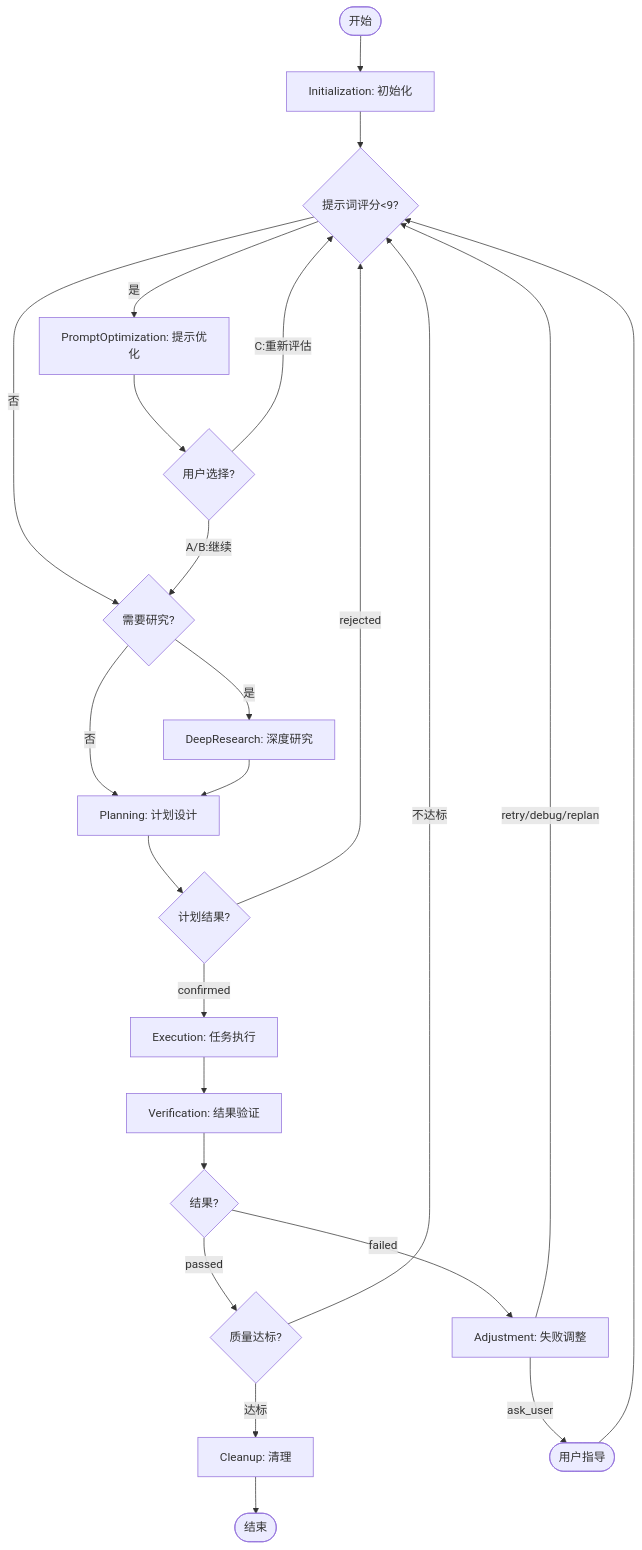
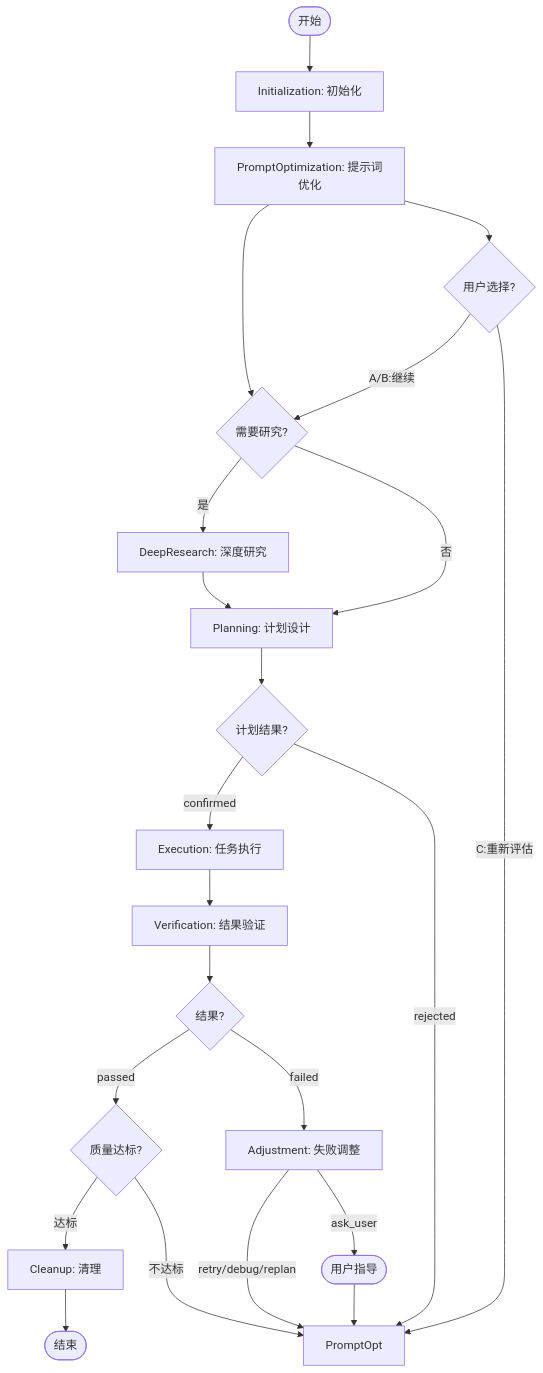
The diagram in plugins/tools/task/skills/loop/detailed-flow.md (lazygophers/ccplugin), drawn with Mermaid before and after one commit. The commit also changed other lines of this file and 25 other files, not shown here.

First line of the commit message:
refactor(task:loop): 优化 PromptOptimization 流程设计，更新架构文档

````diff
--- a/plugins/tools/task/skills/loop/detailed-flow.md
+++ b/plugins/tools/task/skills/loop/detailed-flow.md
@@ -22,25 +22,24 @@
 ```mermaid
 flowchart TD
     Start([开始]) --> Init[Initialization: 初始化]
-    Init --> PromptOpt{提示词评分<9?}
-    PromptOpt -->|是| PO[PromptOptimization: 提示优化]
-    PromptOpt -->|否| DeepRes{需要研究?}
+    Init --> PO[PromptOptimization: 提示词优化]
+    PO --> DeepRes{需要研究?}
     PO --> UserChoice{用户选择?}
     UserChoice -->|A/B:继续| DeepRes
     UserChoice -->|C:重新评估| PromptOpt
     DeepRes -->|是| DR[DeepResearch: 深度研究]
     DeepRes -->|否| Plan[Planning: 计划设计]
     DR --> Plan
     Plan --> PlanResult{计划结果?}
     PlanResult -->|confirmed| Exec[Execution: 任务执行]
     PlanResult -->|rejected| PromptOpt
     Exec --> Verify[Verification: 结果验证]
     Verify --> Decision{结果?}
     Decision -->|passed| QG{质量达标?}
     Decision -->|failed| Adjust[Adjustment: 失败调整]
     QG -->|达标| Clean[Cleanup: 清理]
     QG -->|不达标| PromptOpt
     Adjust -->|retry/debug/replan| PromptOpt
     Adjust -->|ask_user| User([用户指导]) --> PromptOpt
     Clean --> End([结束])
 ```
````
